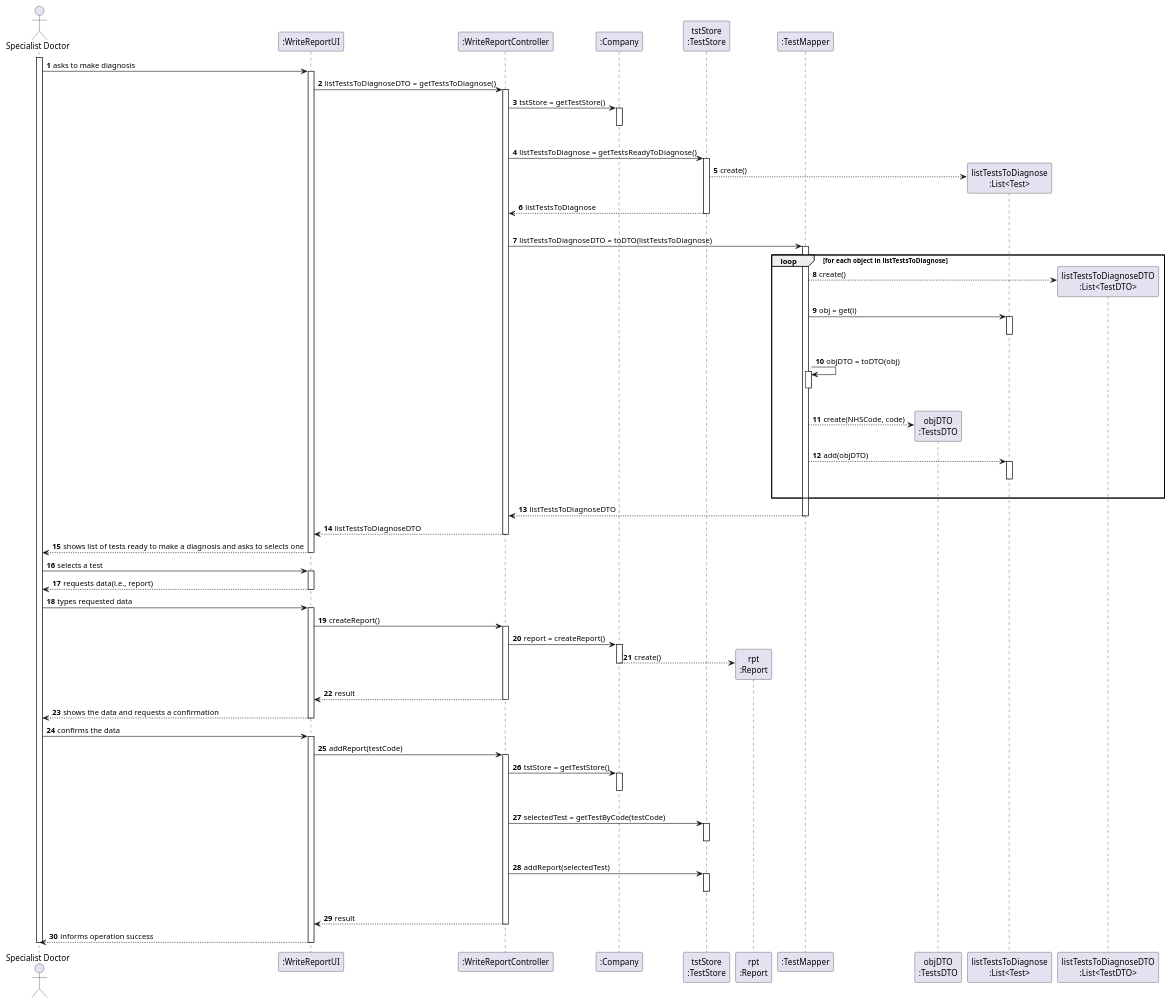
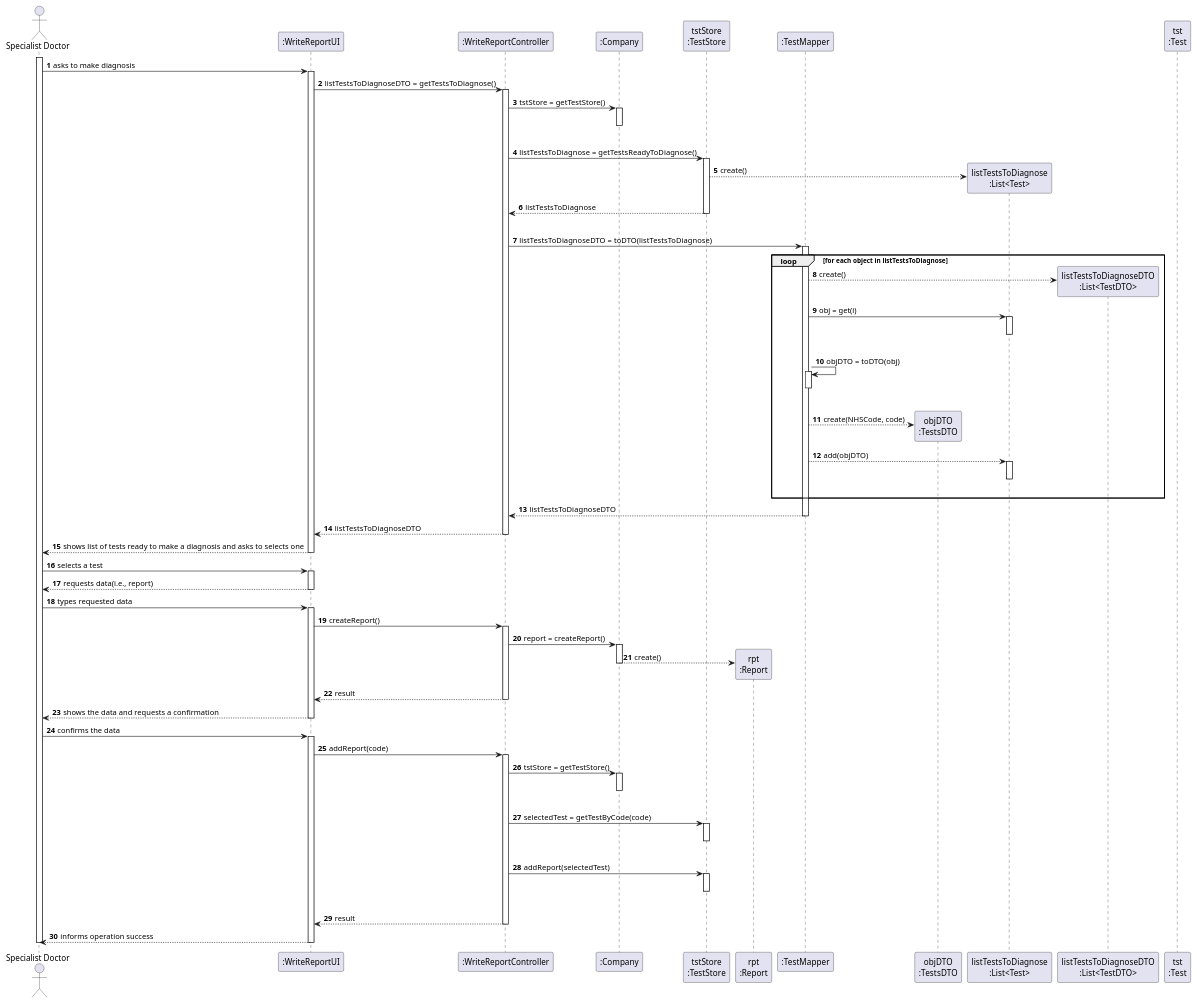
One commit to ana-albergaria/LAPR2-ISEP changed the diagram in docs/SprintC/US_14/US14_SD.puml. Above: the diagram before and after it, drawn with PlantUML. The commit also changed 3 other files, not shown here.

```diff
--- a/docs/SprintC/US_14/US14_SD.puml
+++ b/docs/SprintC/US_14/US14_SD.puml
@@ -1,122 +1,122 @@
 @startuml
 autonumber
 actor "Specialist Doctor" as SPDT
 
 participant ":WriteReportUI" as UI
 participant ":WriteReportController" as CTRL
 participant ":Company" as CMP
 participant "tstStore\n:TestStore" as TSTSTORE
 participant "rpt\n:Report" as RPT
 participant ":TestMapper" as TSTMAPPER
 participant "objDTO\n:TestsDTO" as OBJ_DTO
-'participant "tst\n:Test" as TST
 participant "listTestsToDiagnose\n:List<Test>" as LT
 participant "listTestsToDiagnoseDTO\n:List<TestDTO>" as LIST_DTO
+participant "tst\n:Test" as TST
 
 activate SPDT
 SPDT -> UI : asks to make diagnosis
 activate UI
 UI -> CTRL : listTestsToDiagnoseDTO = getTestsToDiagnose()
 activate CTRL
 
 CTRL -> CMP : tstStore = getTestStore()
 activate CMP
 |||
 deactivate CMP
 
 CTRL -> TSTSTORE : listTestsToDiagnose = getTestsReadyToDiagnose()
 activate TSTSTORE
 
 TSTSTORE --> LT** : create()
 TSTSTORE --> CTRL : listTestsToDiagnose
 deactivate TSTSTORE
 |||
 
 CTRL -> TSTMAPPER : listTestsToDiagnoseDTO = toDTO(listTestsToDiagnose)
 activate TSTMAPPER
 
 loop for each object in listTestsToDiagnose
 TSTMAPPER --> LIST_DTO** : create()
 TSTMAPPER -> LT : obj = get(i)
 activate LT
 |||
 deactivate LT
 
 TSTMAPPER -> TSTMAPPER : objDTO = toDTO(obj)
 activate TSTMAPPER
 |||
 deactivate TSTMAPPER
 
 TSTMAPPER --> OBJ_DTO** : create(NHSCode, code)
 
 TSTMAPPER --> LT : add(objDTO)
 activate LT
 |||
 deactivate LT
 end
 
 TSTMAPPER --> CTRL : listTestsToDiagnoseDTO
 deactivate TSTMAPPER
 
 CTRL --> UI : listTestsToDiagnoseDTO
 deactivate CTRL
 
 UI --> SPDT : shows list of tests ready to make a diagnosis and asks to selects one
 deactivate UI
 
 'spdt writes the test code in the UI
 'it uses the test code when adding the report
 
 SPDT -> UI : selects a test
 activate UI
 
 UI --> SPDT : requests data(i.e., report)
 deactivate UI
 
 SPDT -> UI : types requested data
 activate UI
 
 UI -> CTRL : createReport()
 activate CTRL
 
 CTRL -> CMP : report = createReport()
 activate CMP
 
 CMP --> RPT** : create()
 deactivate CMP
 
 CTRL --> UI : result
 deactivate CTRL
 UI --> SPDT : shows the data and requests a confirmation
 deactivate UI
 
 SPDT -> UI : confirms the data
 activate UI
 
-UI -> CTRL : addReport(testCode)
+UI -> CTRL : addReport(code)
 activate CTRL
 
 CTRL -> CMP : tstStore = getTestStore()
 activate CMP
 |||
 deactivate CMP
 
-CTRL -> TSTSTORE : selectedTest = getTestByCode(testCode)
+CTRL -> TSTSTORE : selectedTest = getTestByCode(code)
 activate TSTSTORE
 |||
 deactivate TSTSTORE
 
 CTRL -> TSTSTORE : addReport(selectedTest)
 activate TSTSTORE
 |||
 deactivate TSTSTORE
 
 CTRL --> UI : result
 deactivate CMP
 deactivate CTRL
 
 UI --> SPDT : informs operation success
 deactivate UI
 deactivate SPDT
 
 @enduml
```
